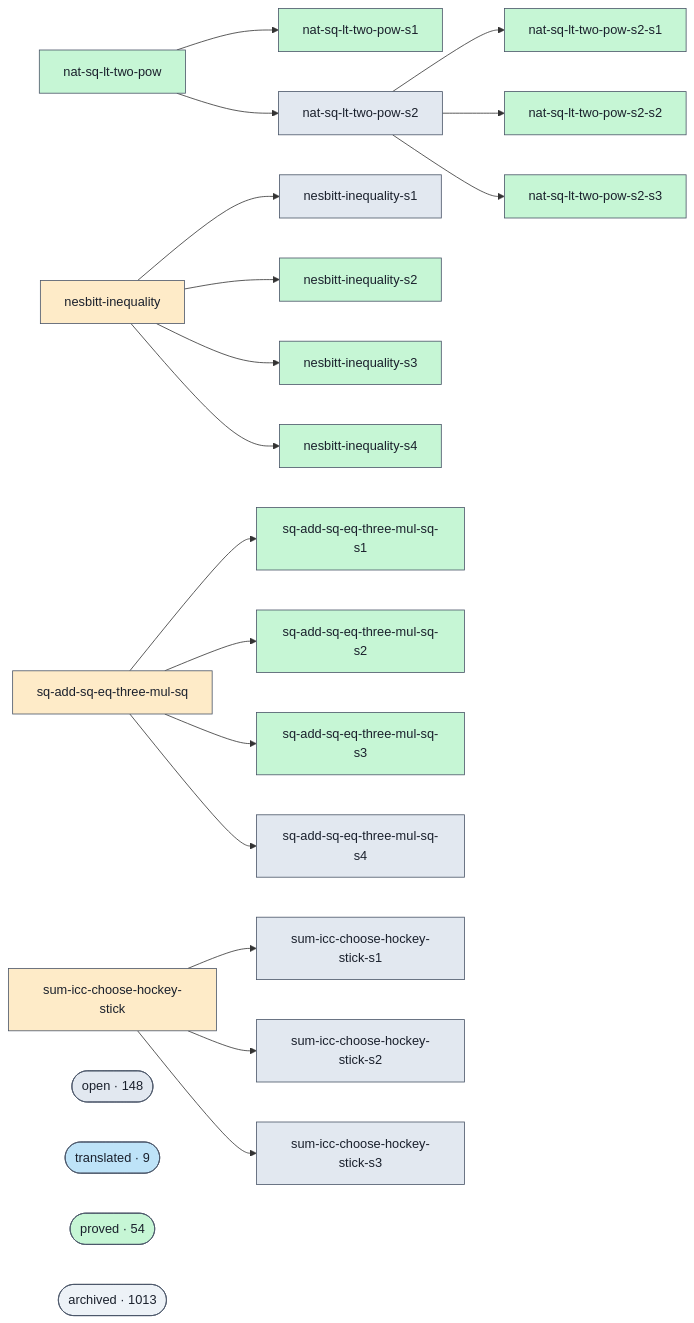
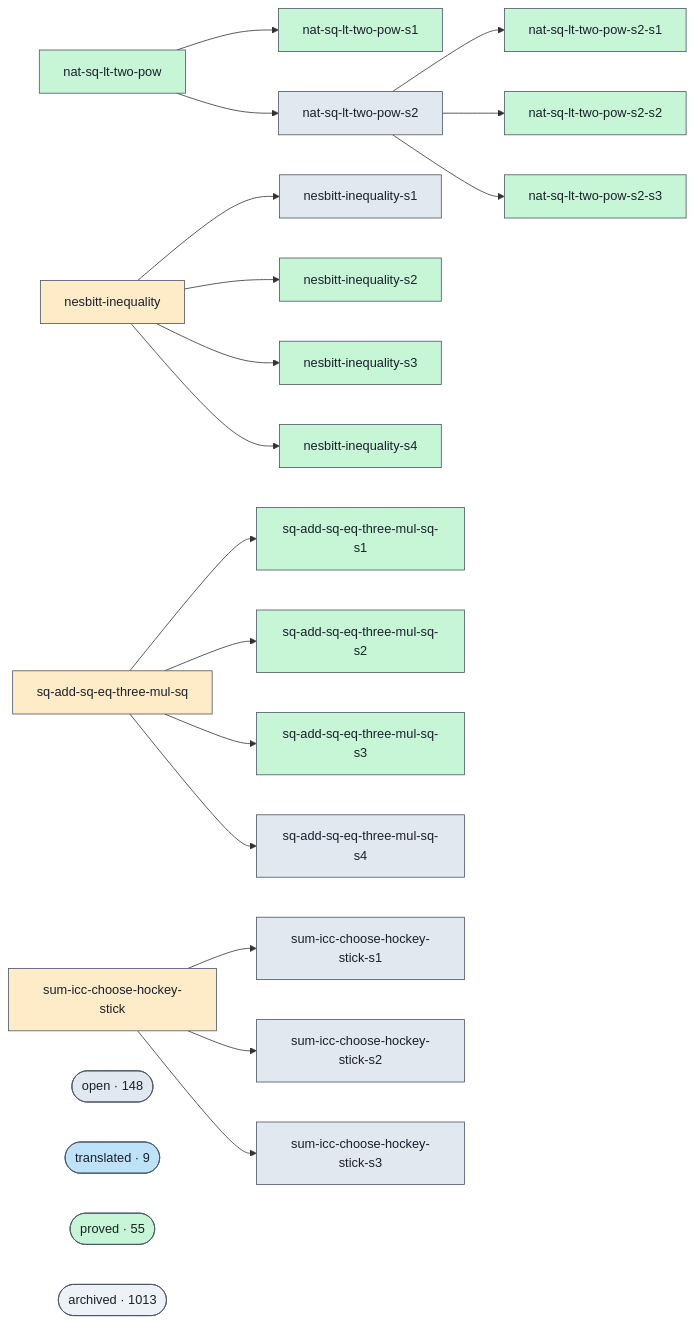
One commit to ohdearquant/unsorry changed the diagram in docs/proofs-contributors-visualisation.md. Above: the diagram before and after it, drawn with Mermaid. The commit also changed other lines of this file and 2 other files, not shown here.

```diff
--- a/docs/proofs-contributors-visualisation.md
+++ b/docs/proofs-contributors-visualisation.md
@@ -102,7 +102,7 @@
   class cluster_open open;
   cluster_translated(["translated · 9"])
   class cluster_translated translated;
-  cluster_proved(["proved · 54"])
+  cluster_proved(["proved · 55"])
   class cluster_proved proved;
   cluster_archived(["archived · 1013"])
   class cluster_archived unknown;
```
